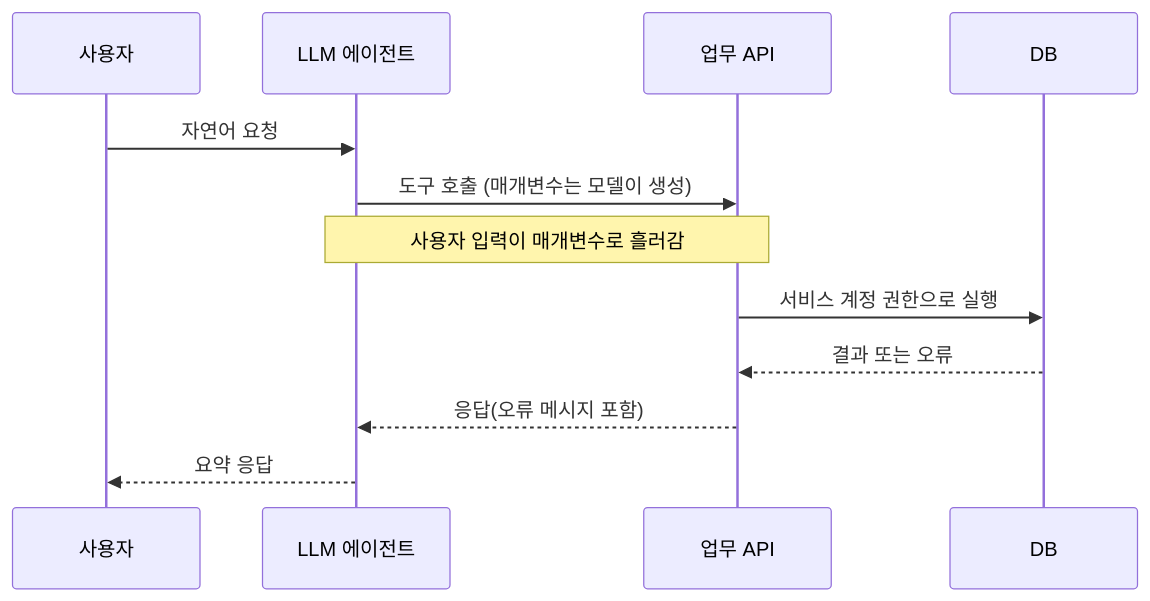
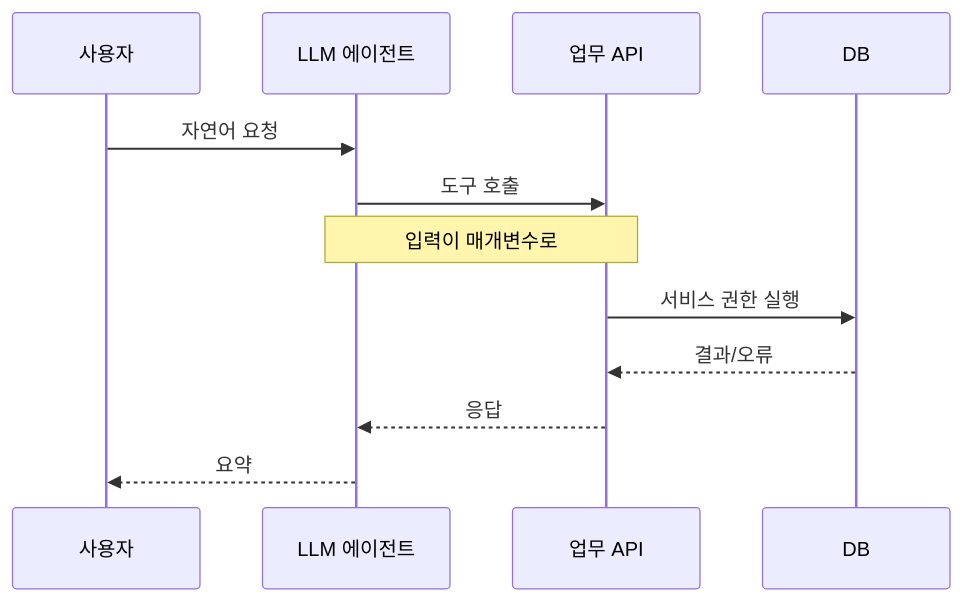
One commit to logiciris/logiciris.github.io changed the diagram in _notes/llm-excessive-agency.md. Above: the diagram before and after it, drawn with Mermaid. The commit also changed 28 other files, not shown here.

Commit message:
Notes batches 1-2: qa fixes (accuracy, links, mermaid labels)

````diff
--- a/_notes/llm-excessive-agency.md
+++ b/_notes/llm-excessive-agency.md
@@ -28,14 +28,14 @@
 ```mermaid
 sequenceDiagram
     participant U as 사용자
     participant L as LLM 에이전트
     participant A as 업무 API
     participant D as DB
     U->>L: 자연어 요청
-    L->>A: 도구 호출 (매개변수는 모델이 생성)
-    Note over L,A: 사용자 입력이 매개변수로 흘러감
-    A->>D: 서비스 계정 권한으로 실행
-    D-->>A: 결과 또는 오류
-    A-->>L: 응답(오류 메시지 포함)
-    L-->>U: 요약 응답
+    L->>A: 도구 호출
+    Note over L,A: 입력이 매개변수로
+    A->>D: 서비스 권한 실행
+    D-->>A: 결과/오류
+    A-->>L: 응답
+    L-->>U: 요약
 ```
````
